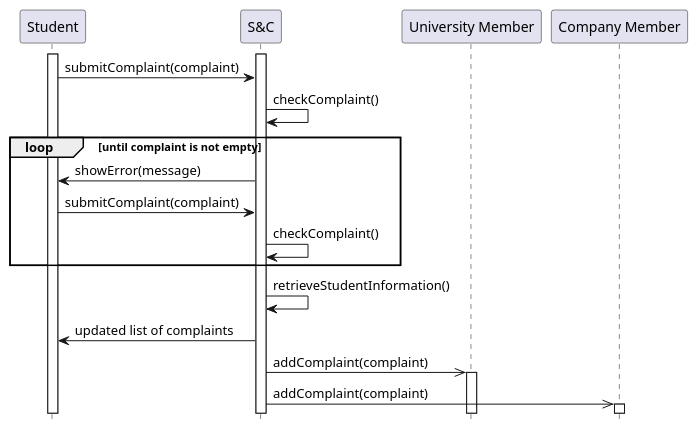
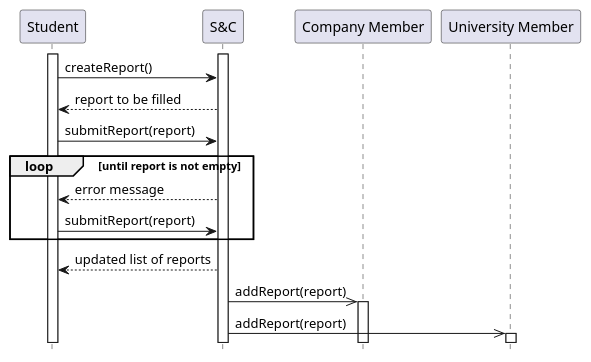
One commit to matti8702/R_and_DD_project_SE2 changed the diagram in RASD/Specific_requirements/uml_diagrams/UC24_diagram.puml. Above: the diagram before and after it, drawn with PlantUML. The commit also changed 32 other files, not shown here.

```diff
--- a/RASD/Specific_requirements/uml_diagrams/UC24_diagram.puml
+++ b/RASD/Specific_requirements/uml_diagrams/UC24_diagram.puml
@@ -1,25 +1,24 @@
 @startuml UC24_diagram
 hide footbox
 
 participant "Student" as ST
 participant "S&C" AS S
+participant "Company Member" as CM
 participant "University Member" as UM
-participant "Company Member" as CM
 
 activate ST
 activate S
 
-ST -> S : submitComplaint(complaint)
-S  -> S : checkComplaint()
-loop until complaint is not empty
-    S -> ST : showError(message)
-    ST -> S : submitComplaint(complaint)
-    S  -> S : checkComplaint()
+ST -> S : createReport()
+S --> ST : report to be filled
+ST -> S : submitReport(report)
+loop until report is not empty
+    S --> ST : error message
+    ST -> S : submitReport(report)
 end
-S -> S : retrieveStudentInformation()
-S -> ST : updated list of complaints
-S ->> UM : addComplaint(complaint)
+S --> ST : updated list of reports
+S ->> CM : addReport(report)
+activate CM
+S ->> UM : addReport(report)
 activate UM
-S ->> CM : addComplaint(complaint)
-activate CM
 @enduml
```
